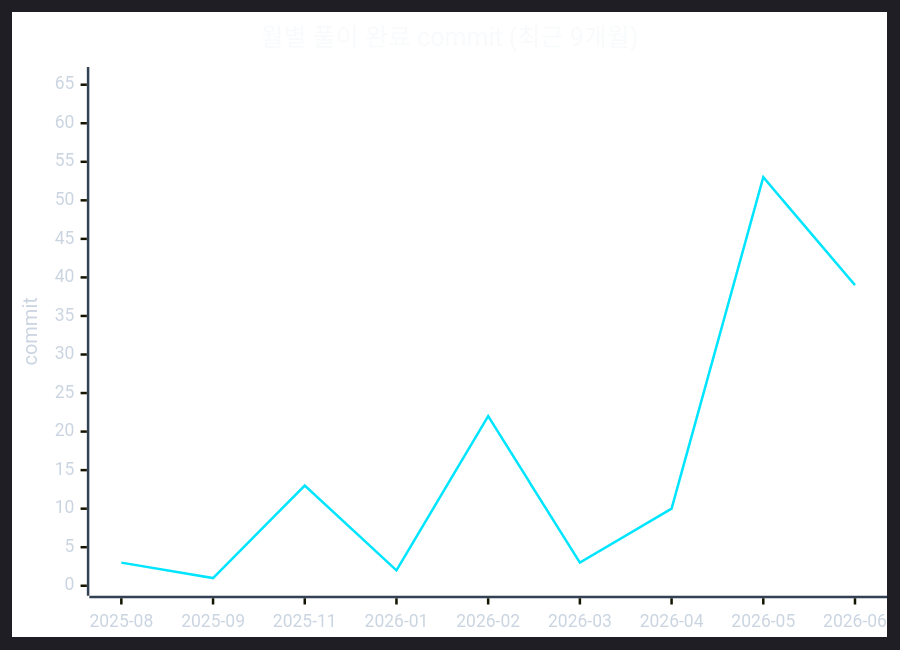
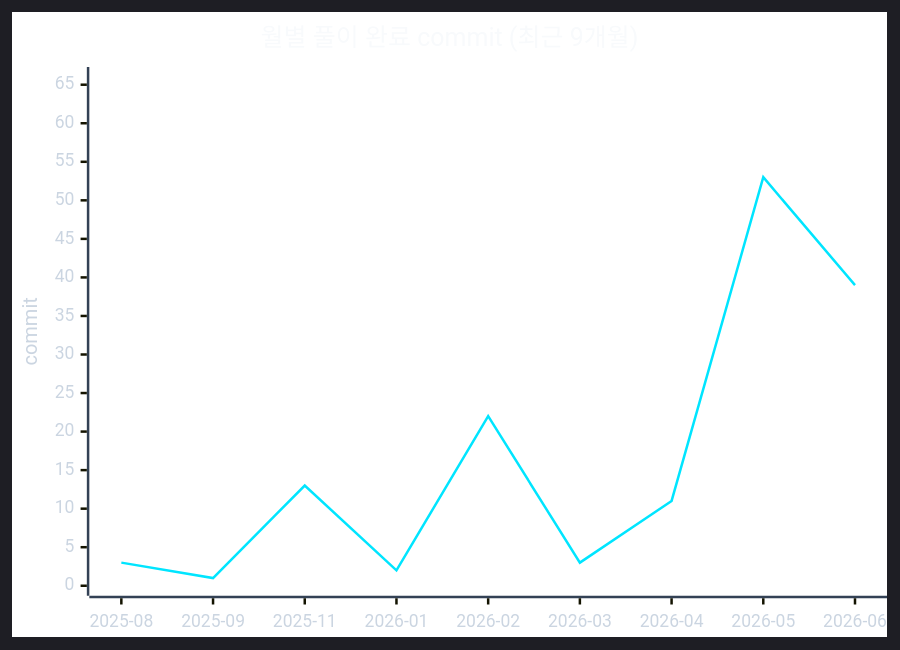
Before and after one commit to CHOOSLA/Algorithm: the second of 2 diagrams in readme.md, drawn with Mermaid. The commit also changed other lines of this file and 2 other files, not shown here.

````diff
--- a/readme.md
+++ b/readme.md
@@ -71,22 +71,22 @@
 ```mermaid
 ---
 config:
   theme: dark
   themeVariables:
     background: '#0d1117'
     xyChart:
       titleColor: '#f8fafc'
       xAxisLabelColor: '#cbd5e1'
       xAxisTitleColor: '#cbd5e1'
       xAxisLineColor: '#334155'
       yAxisLabelColor: '#cbd5e1'
       yAxisTitleColor: '#cbd5e1'
       yAxisLineColor: '#334155'
       plotColorPalette: '#00e5ff'
 ---
 xychart-beta
   title "월별 풀이 완료 commit (최근 9개월)"
   x-axis ["2025-08", "2025-09", "2025-11", "2026-01", "2026-02", "2026-03", "2026-04", "2026-05", "2026-06"]
   y-axis "commit" 0 --> 66
-  line [3, 1, 13, 2, 22, 3, 10, 53, 39]
+  line [3, 1, 13, 2, 22, 3, 11, 53, 39]
 ```
````
